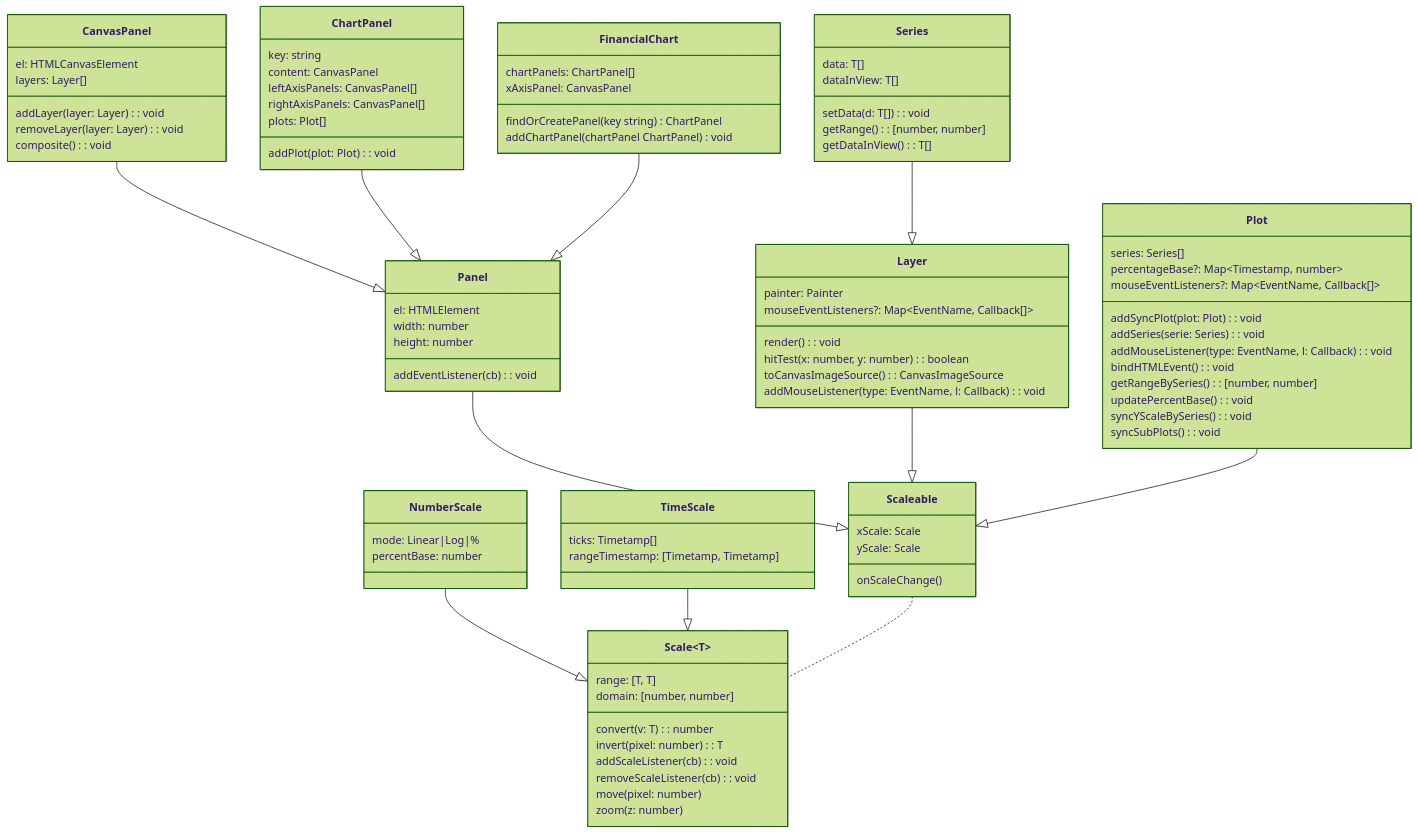
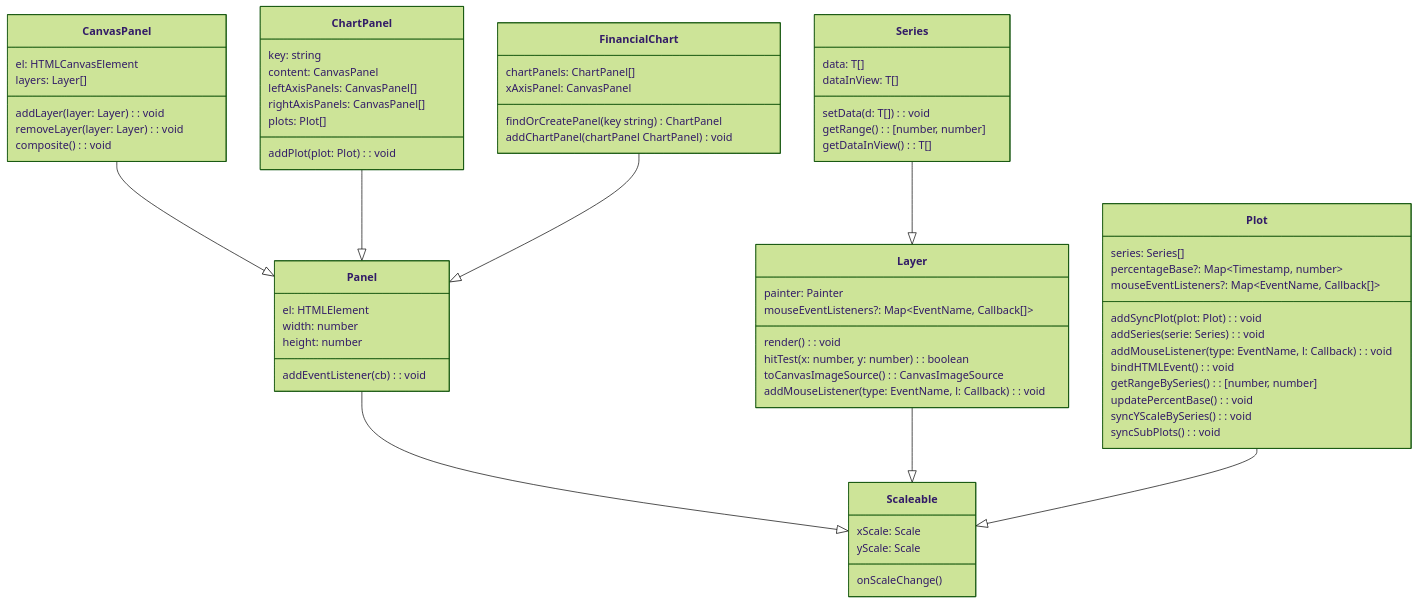
The first of 10 diagrams in README.md (strongball/react-analyze-chart), drawn with Mermaid (forest theme) before and after one commit.

````diff
--- a/README.md
+++ b/README.md
@@ -8,32 +8,5 @@
 ```mermaid
 classDiagram
-  class Scale~T~ {
-    range: [T, T]
-    domain: [number, number]
-
-    convert(v: T): number
-    invert(pixel: number): T
-    addScaleListener(cb): void
-    removeScaleListener(cb): void
-
-    move(pixel: number)
-    zoom(z: number)
-  }
-
-  NumberScale --|> Scale
-  class NumberScale {
-    mode: Linear|Log|%
-    percentBase: number
-  }
-
-  TimeScale --|> Scale
-  class TimeScale {
-    ticks: Timetamp[]
-    rangeTimestamp: [Timetamp, Timetamp]
-  }
-
-
-  Scaleable .. Scale
   class Scaleable {
     xScale: Scale
     yScale: Scale
````
